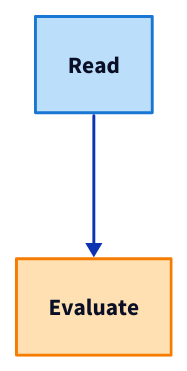
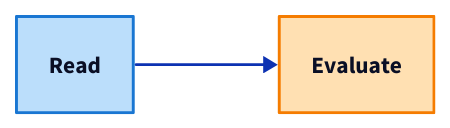
Before and after one commit to hesamat/coursebookmd: the second of 2 diagrams in docs/chapters/03-rich-content.md, drawn with D2.

Commit message:
Lay out the styled D2 example horizontally
Without a direction hint the two-node example rendered top-down and
towered over the section.

````diff
--- a/docs/chapters/03-rich-content.md
+++ b/docs/chapters/03-rich-content.md
@@ -65,8 +65,10 @@
 ```d2
+direction: right
+
 read: Read
 eval: Evaluate
 
 read.style: { fill: "#bbdefb"; stroke: "#1976d2" }
 eval.style: { fill: "#ffe0b2"; stroke: "#f57c00" }
 read -> eval
 ```
````
